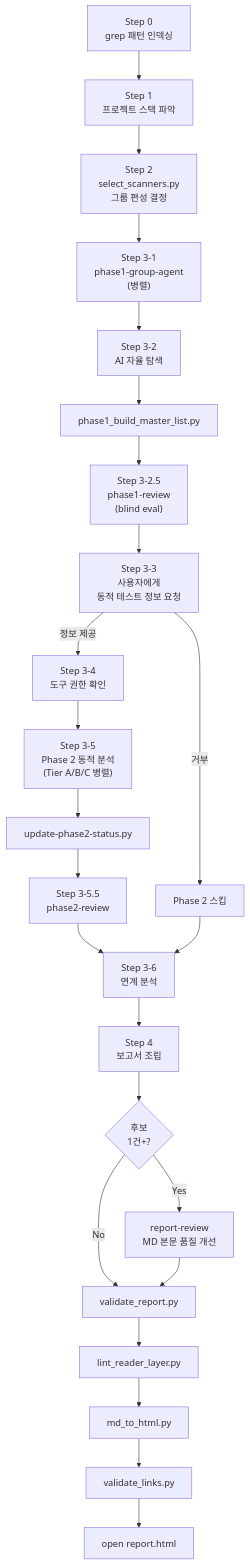
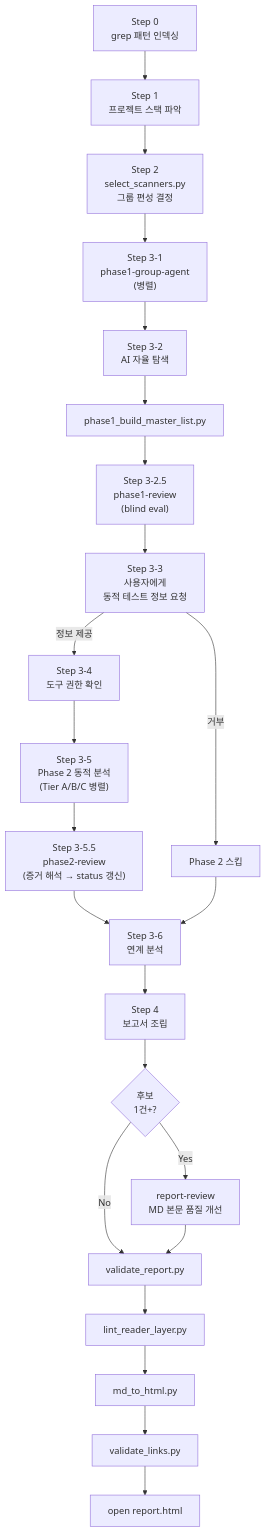
The first of 2 diagrams in skills/sast/docs/pipeline.md (nomarlhack/noah-sast), drawn with Mermaid before and after one commit. The commit also changed 2 other files, not shown here.

Commit message:
fix(sast): 리네임 누락분 + 존재하지 않는 스크립트 참조 정리
- README.md 흐름도의 build-master-list.py를 phase1_build_master_list.py로
  수정 (이전 리네임 커밋 누락).
- docs/pipeline.md와 docs/resume.md에서 존재하지 않는
  update-phase2-status.py 참조 제거. 실제로는 phase2-review 에이전트가
  status 갱신을 담당하므로 흐름도에서 해당 노드 삭제 + 산출물 표의
  Writer 컬럼을 "phase2-review 에이전트"로 수정.

````diff
--- a/skills/sast/docs/pipeline.md
+++ b/skills/sast/docs/pipeline.md
@@ -7,26 +7,25 @@
 ```mermaid
 flowchart TD
     S0["Step 0<br/>grep 패턴 인덱싱"] --> S1["Step 1<br/>프로젝트 스택 파악"]
     S1 --> S2["Step 2<br/>select_scanners.py<br/>그룹 편성 결정"]
     S2 --> S31["Step 3-1<br/>phase1-group-agent<br/>(병렬)"]
     S31 --> S32["Step 3-2<br/>AI 자율 탐색"]
     S32 --> ML["phase1_build_master_list.py"]
     ML --> S325["Step 3-2.5<br/>phase1-review<br/>(blind eval)"]
     S325 --> S33["Step 3-3<br/>사용자에게<br/>동적 테스트 정보 요청"]
     S33 -->|정보 제공| S34["Step 3-4<br/>도구 권한 확인"]
     S33 -->|거부| Skip["Phase 2 스킵"]
     S34 --> S35["Step 3-5<br/>Phase 2 동적 분석<br/>(Tier A/B/C 병렬)"]
-    S35 --> UP2["update-phase2-status.py"]
-    UP2 --> S355["Step 3-5.5<br/>phase2-review"]
+    S35 --> S355["Step 3-5.5<br/>phase2-review<br/>(증거 해석 → status 갱신)"]
     S355 --> S36["Step 3-6<br/>연계 분석"]
     Skip --> S36
     S36 --> S4["Step 4<br/>보고서 조립"]
     S4 --> RR{"후보<br/>1건+?"}
     RR -->|Yes| RRV["report-review<br/>MD 본문 품질 개선"]
     RR -->|No| VAL["validate_report.py"]
     RRV --> VAL
     VAL --> LINT["lint_reader_layer.py"]
     LINT --> HTML["md_to_html.py"]
     HTML --> LINK["validate_links.py"]
     LINK --> OPEN["open report.html"]
 ```
````
